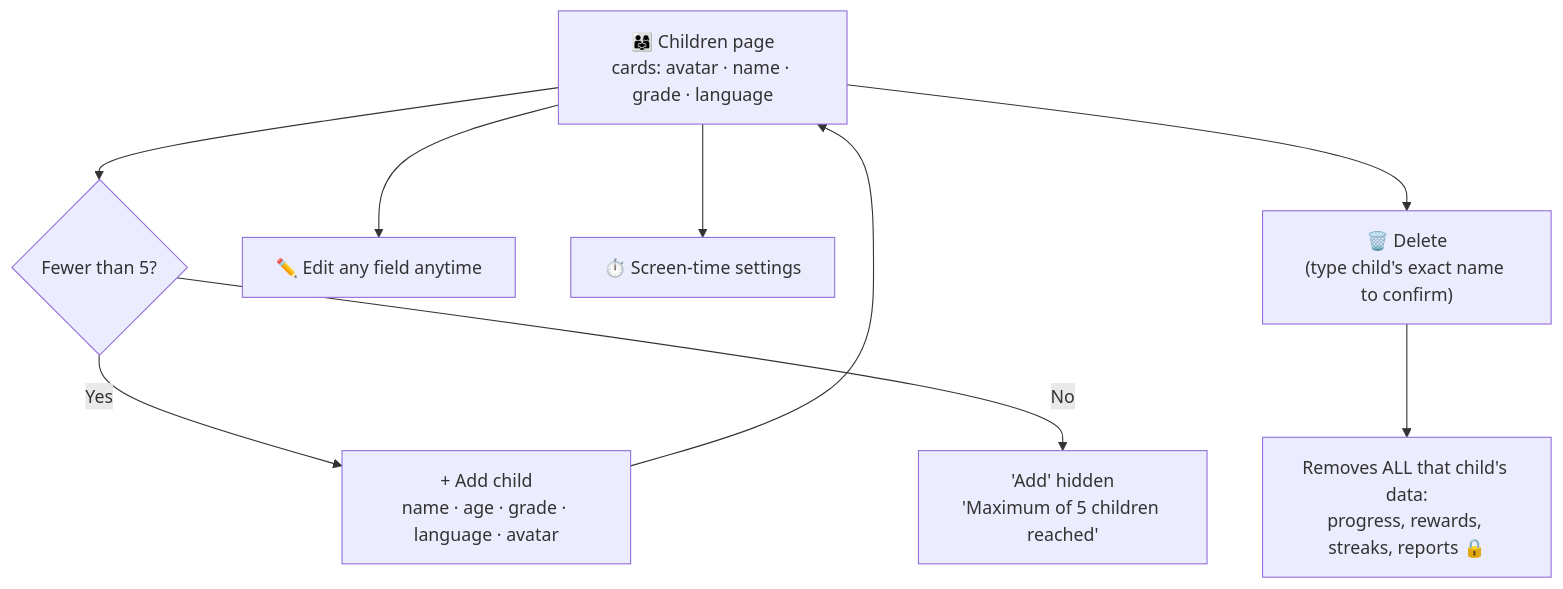
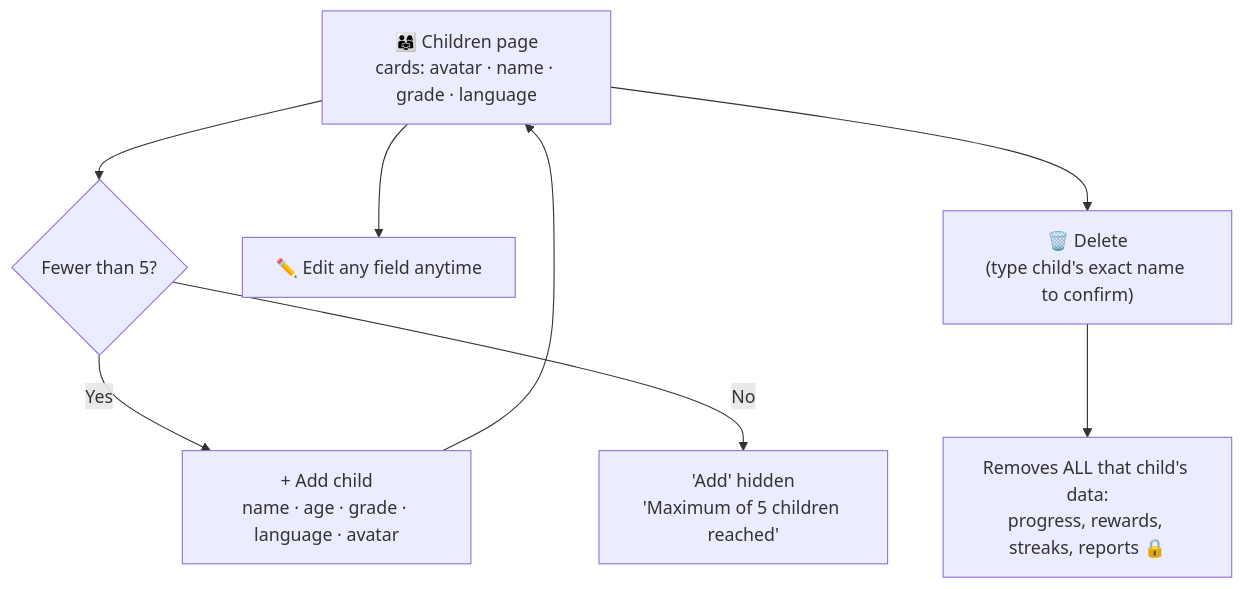
One commit to salmanbd100/kidlearn changed diagram 15 of 26 in document/user-journey-manual.md. Above: the diagram before and after it, drawn with Mermaid. The commit also changed other lines of this file and 7 other files, not shown here.

First line of the commit message:
docs: re-point the maintained screen-time references

````diff
--- a/document/user-journey-manual.md
+++ b/document/user-journey-manual.md
@@ -482,11 +461,10 @@
 ```mermaid
 flowchart TD
     List["👨‍👩‍👧 Children page<br/>cards: avatar · name · grade · language"] --> Add{Fewer than 5?}
     Add -->|Yes| Create["+ Add child<br/>name · age · grade · language · avatar"]
     Add -->|No| Hidden["'Add' hidden<br/>'Maximum of 5 children reached'"]
     List --> Edit[✏️ Edit any field anytime]
-    List --> ST[⏱️ Screen-time settings]
     List --> Del["🗑️ Delete<br/>(type child's exact name to confirm)"]
     Del --> Cascade[Removes ALL that child's data:<br/>progress, rewards, streaks, reports 🔒]
     Create --> List
 ```
````
